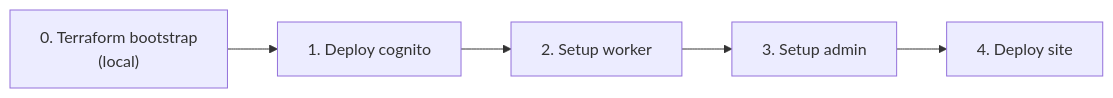
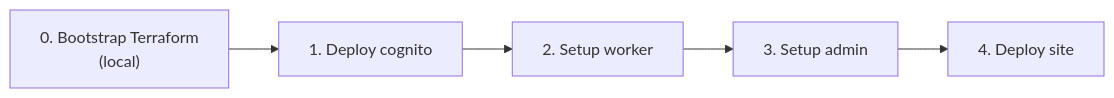
Before and after one commit to Bonae-Tech/bonae-tech: the diagram in docs/workflows.md, drawn with Mermaid. The commit also changed other lines of this file and 43 other files, not shown here.

````diff
--- a/docs/workflows.md
+++ b/docs/workflows.md
@@ -63,7 +78,7 @@
 ```mermaid
 flowchart LR
-    TF["0. Terraform bootstrap\n(local)"] --> A["1. Deploy cognito"]
+    TF["0. Bootstrap Terraform\n(local)"] --> A["1. Deploy cognito"]
     A --> B["2. Setup worker"]
     B --> C["3. Setup admin"]
     C --> D["4. Deploy site"]
 ```
````
